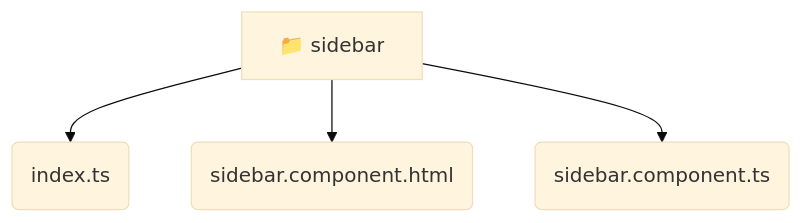
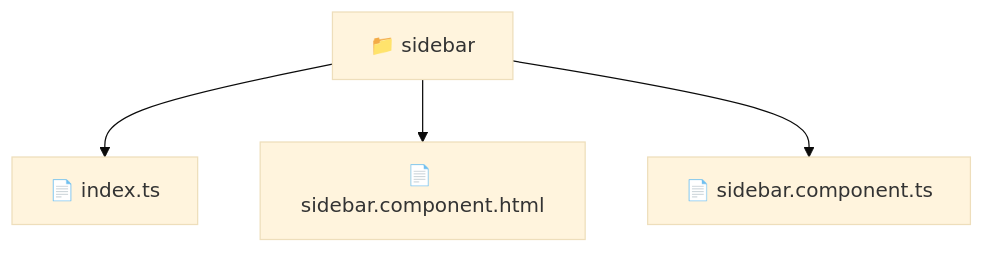
One commit to beginwebdev2002/fullstack-mavluda changed the diagram in frontend/src/widgets/sidebar/README.md. Above: the diagram before and after it, drawn with Mermaid (base theme). The commit also changed other lines of this file and 163 other files, not shown here.

````diff
--- a/frontend/src/widgets/sidebar/README.md
+++ b/frontend/src/widgets/sidebar/README.md
@@ -11,7 +10,7 @@
 ```mermaid
 graph TD
-  sidebar[📁 sidebar]
-  sidebar --> sidebar_index_ts(index.ts)
-  sidebar --> sidebar_sidebar_component_html(sidebar.component.html)
-  sidebar --> sidebar_sidebar_component_ts(sidebar.component.ts)
+  Root["📁 sidebar"]
+  Root --> indexts["📄 index.ts"]
+  Root --> sidebarcomponenthtml["📄 sidebar.component.html"]
+  Root --> sidebarcomponentts["📄 sidebar.component.ts"]
 ```
````
